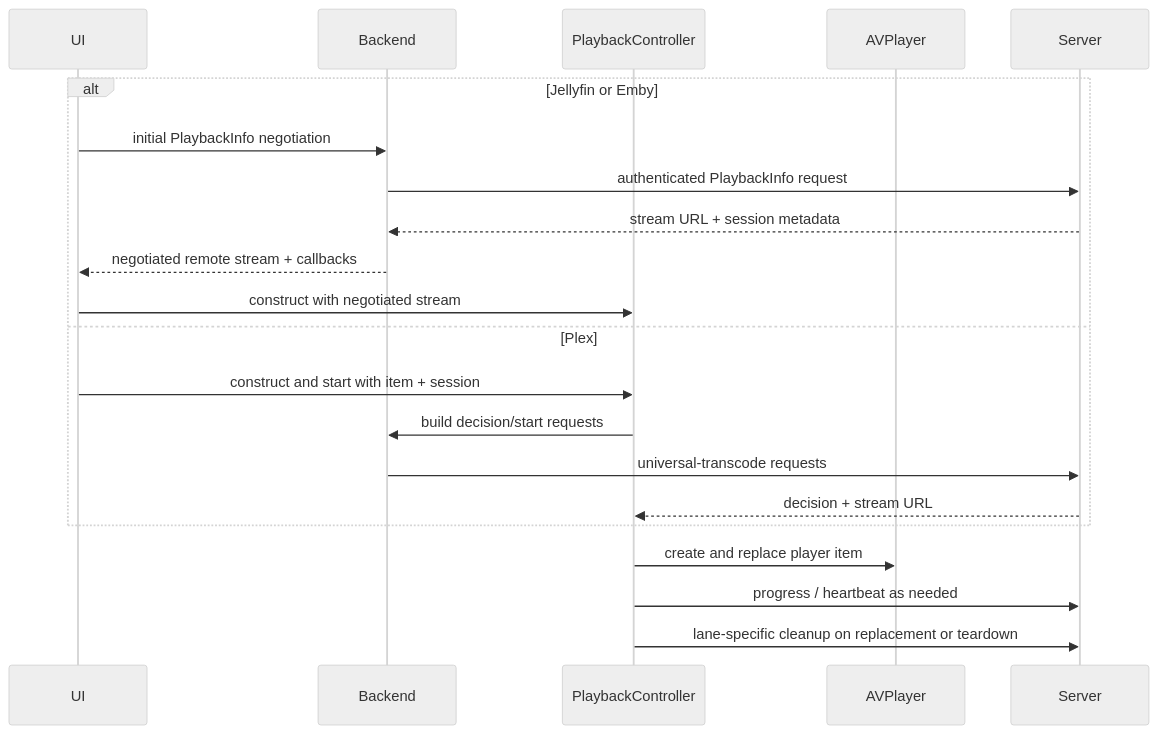
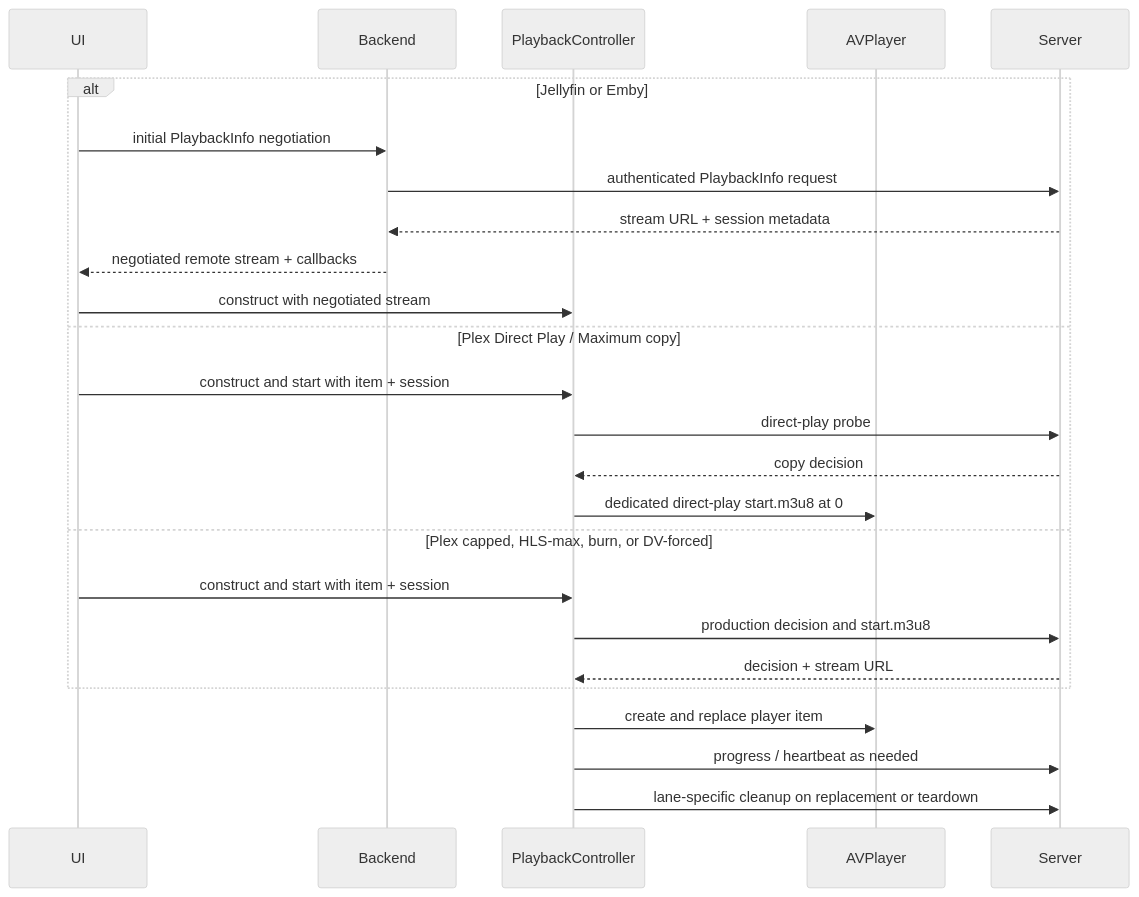
The first of 2 diagrams in docs/PLAYBACK-ARCHITECTURE.md (jlipworth/Labstream), drawn with Mermaid (neutral theme) before and after one commit. The commit also changed other lines of this file and 21 other files, not shown here.

````diff
--- a/docs/PLAYBACK-ARCHITECTURE.md
+++ b/docs/PLAYBACK-ARCHITECTURE.md
@@ -21,26 +21,30 @@
 ```mermaid
 sequenceDiagram
   accTitle: Backend playback startup
-  accDescr: Jellyfin and Emby negotiate a stream before constructing the playback controller, while Plex lets the controller perform its universal-transcode decision and start requests. Both lanes then load one app-owned AVPlayer and retain lane-specific progress and cleanup.
+  accDescr: Jellyfin and Emby negotiate a stream before constructing the playback controller. Plex either probes a dedicated Direct Play start URL or uses the production universal-transcode decision and start.m3u8. Both lanes then load one app-owned AVPlayer and retain lane-specific progress and cleanup.
   participant UI
   participant Backend
   participant PC as PlaybackController
   participant AV as AVPlayer
   participant Server
 
   alt Jellyfin or Emby
     UI->>Backend: initial PlaybackInfo negotiation
     Backend->>Server: authenticated PlaybackInfo request
     Server-->>Backend: stream URL + session metadata
     Backend-->>UI: negotiated remote stream + callbacks
     UI->>PC: construct with negotiated stream
-  else Plex
+  else Plex Direct Play / Maximum copy
     UI->>PC: construct and start with item + session
-    PC->>Backend: build decision/start requests
-    Backend->>Server: universal-transcode requests
+    PC->>Server: direct-play probe
+    Server-->>PC: copy decision
+    PC->>AV: dedicated direct-play start.m3u8 at 0
+  else Plex capped, HLS-max, burn, or DV-forced
+    UI->>PC: construct and start with item + session
+    PC->>Server: production decision and start.m3u8
     Server-->>PC: decision + stream URL
   end
   PC->>AV: create and replace player item
   PC->>Server: progress / heartbeat as needed
   PC->>Server: lane-specific cleanup on replacement or teardown
 ```
````
